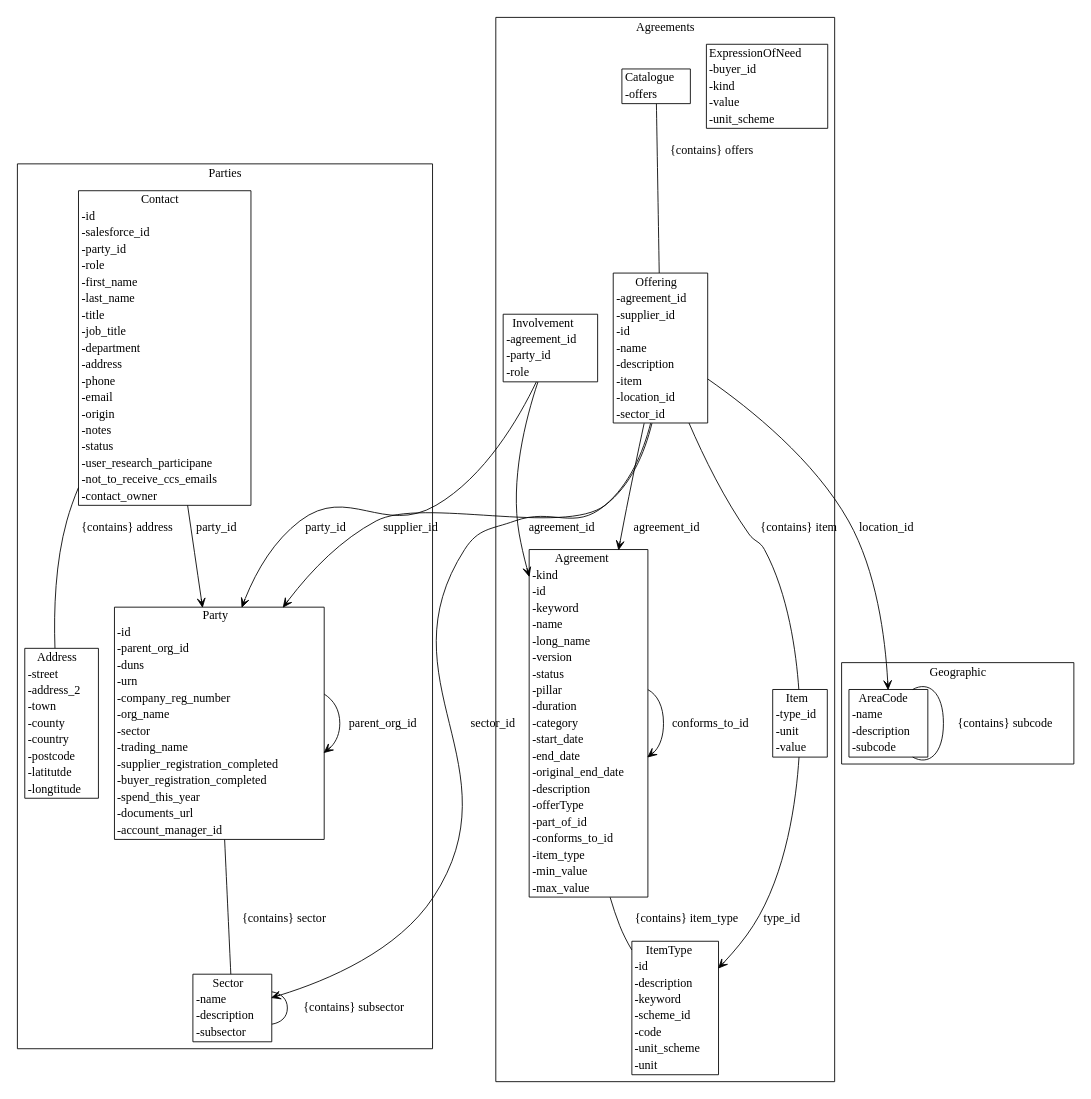
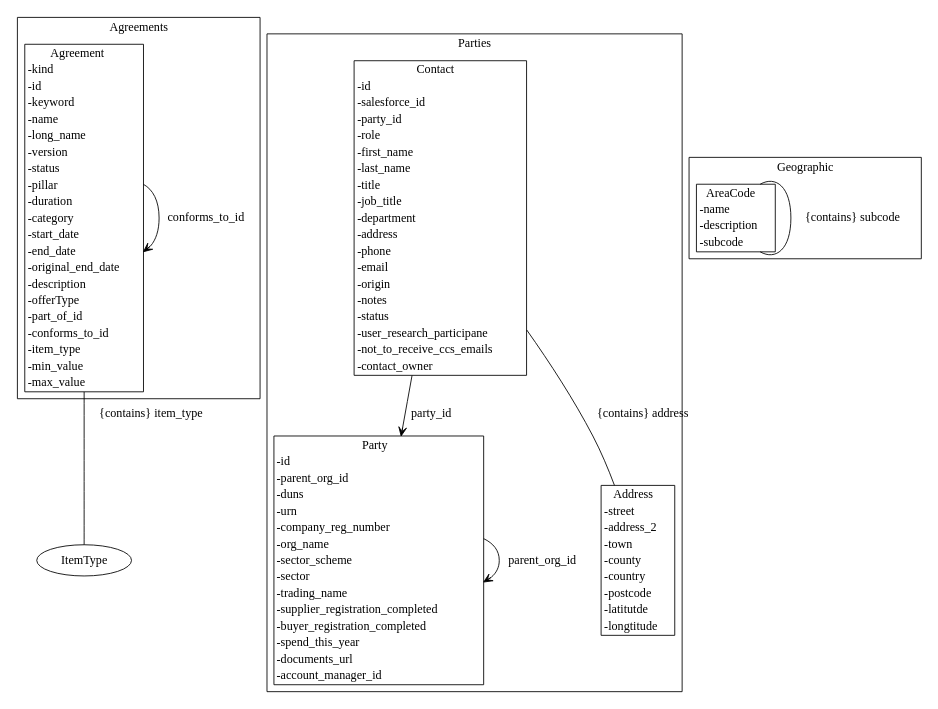
The diagram in gen/diagrams/metamodel.dot (Crown-Commercial-Service/ccs-data-model), drawn with Graphviz before and after one commit. The commit also changed 19 other files, not shown here.

```diff
--- a/gen/diagrams/metamodel.dot
+++ b/gen/diagrams/metamodel.dot
@@ -1,44 +1,26 @@
 strict digraph {
 subgraph cluster_Agreements {
 node [shape=plaintext margin=0];
 label=Agreements;
-"ItemType" [label=<<table BORDER="1" CELLBORDER="0" CELLSPACING="0"><TH><TD>ItemType</TD></TH><TR><TD ALIGN="LEFT">-id</TD></TR><TR><TD ALIGN="LEFT">-description</TD></TR><TR><TD ALIGN="LEFT">-keyword</TD></TR><TR><TD ALIGN="LEFT">-scheme_id</TD></TR><TR><TD ALIGN="LEFT">-code</TD></TR><TR><TD ALIGN="LEFT">-unit_scheme</TD></TR><TR><TD ALIGN="LEFT">-unit</TD></TR></table>>];
-"ExpressionOfNeed" [label=<<table BORDER="1" CELLBORDER="0" CELLSPACING="0"><TH><TD>ExpressionOfNeed</TD></TH><TR><TD ALIGN="LEFT">-buyer_id</TD></TR><TR><TD ALIGN="LEFT">-kind</TD></TR><TR><TD ALIGN="LEFT">-value</TD></TR><TR><TD ALIGN="LEFT">-unit_scheme</TD></TR></table>>];
 "Agreement" [label=<<table BORDER="1" CELLBORDER="0" CELLSPACING="0"><TH><TD>Agreement</TD></TH><TR><TD ALIGN="LEFT">-kind</TD></TR><TR><TD ALIGN="LEFT">-id</TD></TR><TR><TD ALIGN="LEFT">-keyword</TD></TR><TR><TD ALIGN="LEFT">-name</TD></TR><TR><TD ALIGN="LEFT">-long_name</TD></TR><TR><TD ALIGN="LEFT">-version</TD></TR><TR><TD ALIGN="LEFT">-status</TD></TR><TR><TD ALIGN="LEFT">-pillar</TD></TR><TR><TD ALIGN="LEFT">-duration</TD></TR><TR><TD ALIGN="LEFT">-category</TD></TR><TR><TD ALIGN="LEFT">-start_date</TD></TR><TR><TD ALIGN="LEFT">-end_date</TD></TR><TR><TD ALIGN="LEFT">-original_end_date</TD></TR><TR><TD ALIGN="LEFT">-description</TD></TR><TR><TD ALIGN="LEFT">-offerType</TD></TR><TR><TD ALIGN="LEFT">-part_of_id</TD></TR><TR><TD ALIGN="LEFT">-conforms_to_id</TD></TR><TR><TD ALIGN="LEFT">-item_type</TD></TR><TR><TD ALIGN="LEFT">-min_value</TD></TR><TR><TD ALIGN="LEFT">-max_value</TD></TR></table>>];
-"Item" [label=<<table BORDER="1" CELLBORDER="0" CELLSPACING="0"><TH><TD>Item</TD></TH><TR><TD ALIGN="LEFT">-type_id</TD></TR><TR><TD ALIGN="LEFT">-unit</TD></TR><TR><TD ALIGN="LEFT">-value</TD></TR></table>>];
-"Offering" [label=<<table BORDER="1" CELLBORDER="0" CELLSPACING="0"><TH><TD>Offering</TD></TH><TR><TD ALIGN="LEFT">-agreement_id</TD></TR><TR><TD ALIGN="LEFT">-supplier_id</TD></TR><TR><TD ALIGN="LEFT">-id</TD></TR><TR><TD ALIGN="LEFT">-name</TD></TR><TR><TD ALIGN="LEFT">-description</TD></TR><TR><TD ALIGN="LEFT">-item</TD></TR><TR><TD ALIGN="LEFT">-location_id</TD></TR><TR><TD ALIGN="LEFT">-sector_id</TD></TR></table>>];
-"Catalogue" [label=<<table BORDER="1" CELLBORDER="0" CELLSPACING="0"><TH><TD>Catalogue</TD></TH><TR><TD ALIGN="LEFT">-offers</TD></TR></table>>];
-"Involvement" [label=<<table BORDER="1" CELLBORDER="0" CELLSPACING="0"><TH><TD>Involvement</TD></TH><TR><TD ALIGN="LEFT">-agreement_id</TD></TR><TR><TD ALIGN="LEFT">-party_id</TD></TR><TR><TD ALIGN="LEFT">-role</TD></TR></table>>];
 }
 subgraph cluster_Parties {
 node [shape=plaintext margin=0];
 label=Parties;
-"Sector" [label=<<table BORDER="1" CELLBORDER="0" CELLSPACING="0"><TH><TD>Sector</TD></TH><TR><TD ALIGN="LEFT">-name</TD></TR><TR><TD ALIGN="LEFT">-description</TD></TR><TR><TD ALIGN="LEFT">-subsector</TD></TR></table>>];
-"Party" [label=<<table BORDER="1" CELLBORDER="0" CELLSPACING="0"><TH><TD>Party</TD></TH><TR><TD ALIGN="LEFT">-id</TD></TR><TR><TD ALIGN="LEFT">-parent_org_id</TD></TR><TR><TD ALIGN="LEFT">-duns</TD></TR><TR><TD ALIGN="LEFT">-urn</TD></TR><TR><TD ALIGN="LEFT">-company_reg_number</TD></TR><TR><TD ALIGN="LEFT">-org_name</TD></TR><TR><TD ALIGN="LEFT">-sector</TD></TR><TR><TD ALIGN="LEFT">-trading_name</TD></TR><TR><TD ALIGN="LEFT">-supplier_registration_completed</TD></TR><TR><TD ALIGN="LEFT">-buyer_registration_completed</TD></TR><TR><TD ALIGN="LEFT">-spend_this_year</TD></TR><TR><TD ALIGN="LEFT">-documents_url</TD></TR><TR><TD ALIGN="LEFT">-account_manager_id</TD></TR></table>>];
+"Party" [label=<<table BORDER="1" CELLBORDER="0" CELLSPACING="0"><TH><TD>Party</TD></TH><TR><TD ALIGN="LEFT">-id</TD></TR><TR><TD ALIGN="LEFT">-parent_org_id</TD></TR><TR><TD ALIGN="LEFT">-duns</TD></TR><TR><TD ALIGN="LEFT">-urn</TD></TR><TR><TD ALIGN="LEFT">-company_reg_number</TD></TR><TR><TD ALIGN="LEFT">-org_name</TD></TR><TR><TD ALIGN="LEFT">-sector_scheme</TD></TR><TR><TD ALIGN="LEFT">-sector</TD></TR><TR><TD ALIGN="LEFT">-trading_name</TD></TR><TR><TD ALIGN="LEFT">-supplier_registration_completed</TD></TR><TR><TD ALIGN="LEFT">-buyer_registration_completed</TD></TR><TR><TD ALIGN="LEFT">-spend_this_year</TD></TR><TR><TD ALIGN="LEFT">-documents_url</TD></TR><TR><TD ALIGN="LEFT">-account_manager_id</TD></TR></table>>];
 "Address" [label=<<table BORDER="1" CELLBORDER="0" CELLSPACING="0"><TH><TD>Address</TD></TH><TR><TD ALIGN="LEFT">-street</TD></TR><TR><TD ALIGN="LEFT">-address_2</TD></TR><TR><TD ALIGN="LEFT">-town</TD></TR><TR><TD ALIGN="LEFT">-county</TD></TR><TR><TD ALIGN="LEFT">-country</TD></TR><TR><TD ALIGN="LEFT">-postcode</TD></TR><TR><TD ALIGN="LEFT">-latitutde</TD></TR><TR><TD ALIGN="LEFT">-longtitude</TD></TR></table>>];
 "Contact" [label=<<table BORDER="1" CELLBORDER="0" CELLSPACING="0"><TH><TD>Contact</TD></TH><TR><TD ALIGN="LEFT">-id</TD></TR><TR><TD ALIGN="LEFT">-salesforce_id</TD></TR><TR><TD ALIGN="LEFT">-party_id</TD></TR><TR><TD ALIGN="LEFT">-role</TD></TR><TR><TD ALIGN="LEFT">-first_name</TD></TR><TR><TD ALIGN="LEFT">-last_name</TD></TR><TR><TD ALIGN="LEFT">-title</TD></TR><TR><TD ALIGN="LEFT">-job_title</TD></TR><TR><TD ALIGN="LEFT">-department</TD></TR><TR><TD ALIGN="LEFT">-address</TD></TR><TR><TD ALIGN="LEFT">-phone</TD></TR><TR><TD ALIGN="LEFT">-email</TD></TR><TR><TD ALIGN="LEFT">-origin</TD></TR><TR><TD ALIGN="LEFT">-notes</TD></TR><TR><TD ALIGN="LEFT">-status</TD></TR><TR><TD ALIGN="LEFT">-user_research_participane</TD></TR><TR><TD ALIGN="LEFT">-not_to_receive_ccs_emails</TD></TR><TR><TD ALIGN="LEFT">-contact_owner</TD></TR></table>>];
 }
 subgraph cluster_Geographic {
 node [shape=plaintext margin=0];
 label=Geographic;
 "AreaCode" [label=<<table BORDER="1" CELLBORDER="0" CELLSPACING="0"><TH><TD>AreaCode</TD></TH><TR><TD ALIGN="LEFT">-name</TD></TR><TR><TD ALIGN="LEFT">-description</TD></TR><TR><TD ALIGN="LEFT">-subcode</TD></TR></table>>];
 }
 "Agreement" -> "Agreement" [label="part_of_id" arrowhead = "open" arrowtail = "none" ];
 "Agreement" -> "Agreement" [label="conforms_to_id" arrowhead = "open" arrowtail = "none" ];
 "Agreement" -> "ItemType" [label="{contains} item_type" arrowhead = "none" arrowtail = "diamond" ];
-"Item" -> "ItemType" [label="type_id" arrowhead = "open" arrowtail = "none" ];
-"Offering" -> "Agreement" [label="agreement_id" arrowhead = "open" arrowtail = "none" ];
-"Offering" -> "Party" [label="supplier_id" arrowhead = "open" arrowtail = "none" ];
-"Offering" -> "Item" [label="{contains} item" arrowhead = "none" arrowtail = "diamond" ];
-"Offering" -> "AreaCode" [label="location_id" arrowhead = "open" arrowtail = "none" ];
-"Offering" -> "Sector" [label="sector_id" arrowhead = "open" arrowtail = "none" ];
-"Catalogue" -> "Offering" [label="{contains} offers" arrowhead = "none" arrowtail = "diamond" ];
-"Involvement" -> "Agreement" [label="agreement_id" arrowhead = "open" arrowtail = "none" ];
-"Involvement" -> "Party" [label="party_id" arrowhead = "open" arrowtail = "none" ];
-"Sector" -> "Sector" [label="{contains} subsector" arrowhead = "none" arrowtail = "diamond" ];
 "Party" -> "Party" [label="parent_org_id" arrowhead = "open" arrowtail = "none" ];
-"Party" -> "Sector" [label="{contains} sector" arrowhead = "none" arrowtail = "diamond" ];
 "Contact" -> "Party" [label="party_id" arrowhead = "open" arrowtail = "none" ];
 "Contact" -> "Address" [label="{contains} address" arrowhead = "none" arrowtail = "diamond" ];
 "AreaCode" -> "AreaCode" [label="{contains} subcode" arrowhead = "none" arrowtail = "diamond" ];
 }
```
